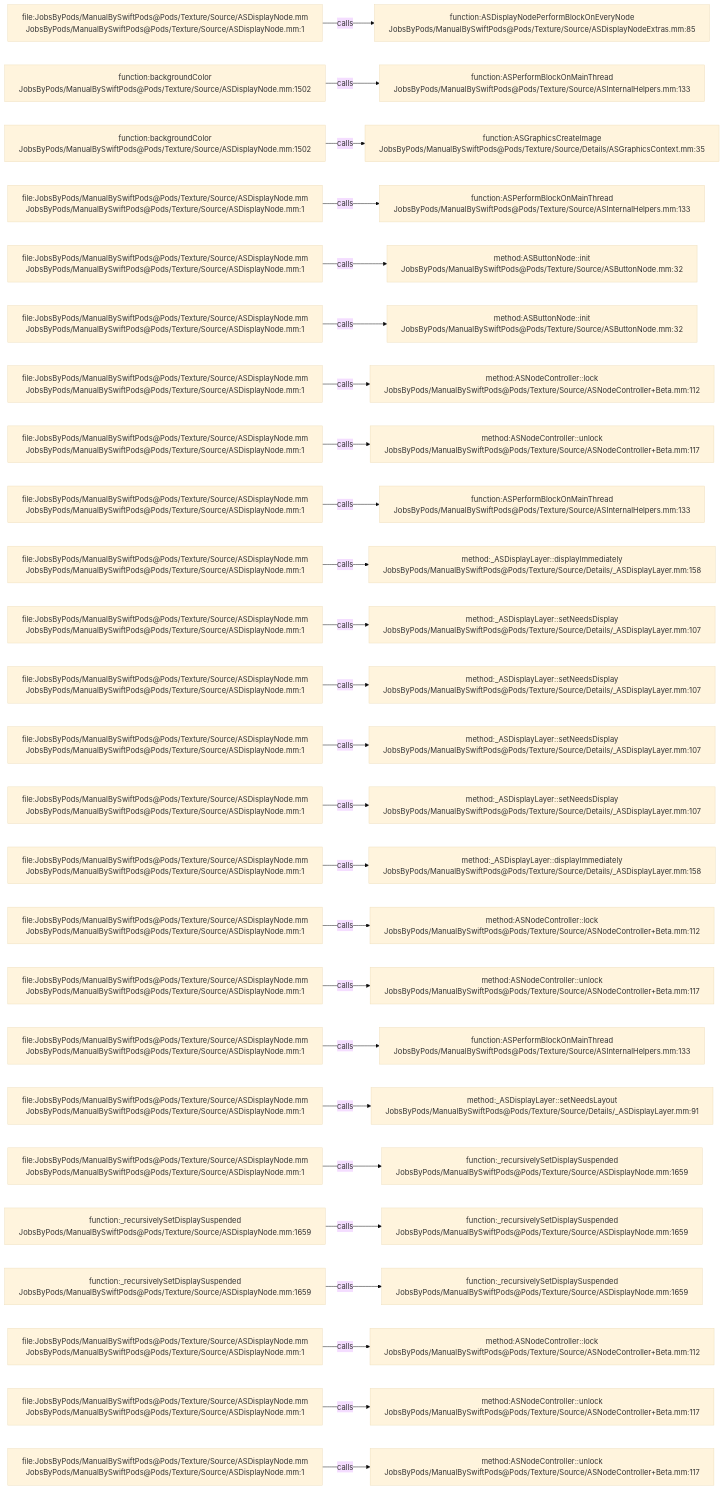
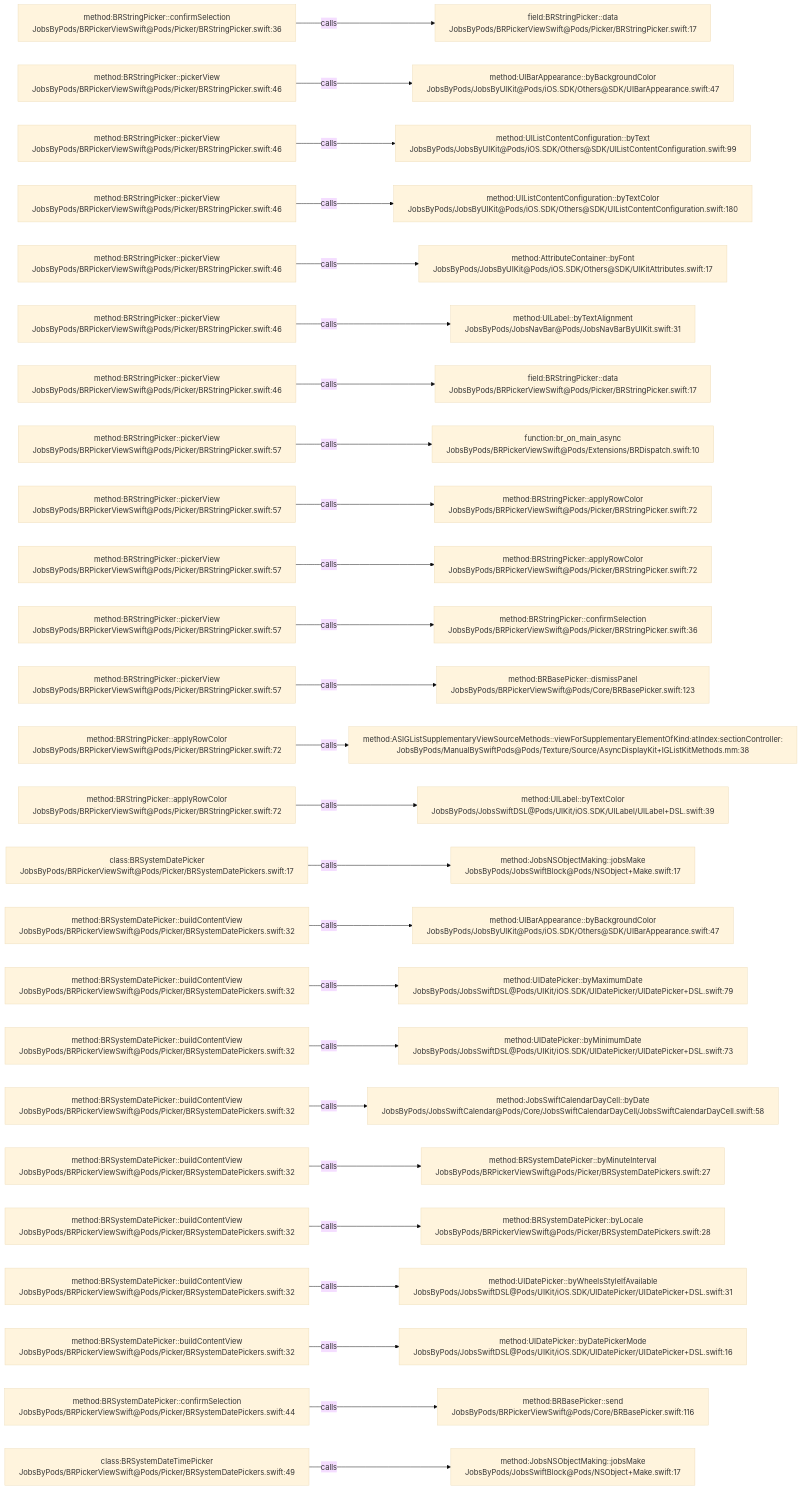
Before and after one commit to JobsKits/JobsSwiftBaseConfigDemo: the diagram in .codegraph/codegraph.md/graphs/calls-030.md, drawn with Mermaid (base theme). The commit also changed 224 other files, not shown here.

````diff
--- a/.codegraph/codegraph.md/graphs/calls-030.md
+++ b/.codegraph/codegraph.md/graphs/calls-030.md
@@ -13,78 +13,78 @@
 ```mermaid
 flowchart LR
-  S1["file:JobsByPods/ManualBySwiftPods@Pods/Texture/Source/ASDisplayNode.mm<br/>JobsByPods/ManualBySwiftPods@Pods/Texture/Source/ASDisplayNode.mm:1"]
-  T1["function:ASDisplayNodePerformBlockOnEveryNode<br/>JobsByPods/ManualBySwiftPods@Pods/Texture/Source/ASDisplayNodeExtras.mm:85"]
+  S1["method:BRStringPicker::confirmSelection<br/>JobsByPods/BRPickerViewSwift@Pods/Picker/BRStringPicker.swift:36"]
+  T1["field:BRStringPicker::data<br/>JobsByPods/BRPickerViewSwift@Pods/Picker/BRStringPicker.swift:17"]
   S1 -->|calls| T1
-  S2["function:backgroundColor<br/>JobsByPods/ManualBySwiftPods@Pods/Texture/Source/ASDisplayNode.mm:1502"]
-  T2["function:ASPerformBlockOnMainThread<br/>JobsByPods/ManualBySwiftPods@Pods/Texture/Source/ASInternalHelpers.mm:133"]
+  S2["method:BRStringPicker::pickerView<br/>JobsByPods/BRPickerViewSwift@Pods/Picker/BRStringPicker.swift:46"]
+  T2["method:UIBarAppearance::byBackgroundColor<br/>JobsByPods/JobsByUIKit@Pods/iOS.SDK/Others@SDK/UIBarAppearance.swift:47"]
   S2 -->|calls| T2
-  S3["function:backgroundColor<br/>JobsByPods/ManualBySwiftPods@Pods/Texture/Source/ASDisplayNode.mm:1502"]
-  T3["function:ASGraphicsCreateImage<br/>JobsByPods/ManualBySwiftPods@Pods/Texture/Source/Details/ASGraphicsContext.mm:35"]
+  S3["method:BRStringPicker::pickerView<br/>JobsByPods/BRPickerViewSwift@Pods/Picker/BRStringPicker.swift:46"]
+  T3["method:UIListContentConfiguration::byText<br/>JobsByPods/JobsByUIKit@Pods/iOS.SDK/Others@SDK/UIListContentConfiguration.swift:99"]
   S3 -->|calls| T3
-  S4["file:JobsByPods/ManualBySwiftPods@Pods/Texture/Source/ASDisplayNode.mm<br/>JobsByPods/ManualBySwiftPods@Pods/Texture/Source/ASDisplayNode.mm:1"]
-  T4["function:ASPerformBlockOnMainThread<br/>JobsByPods/ManualBySwiftPods@Pods/Texture/Source/ASInternalHelpers.mm:133"]
+  S4["method:BRStringPicker::pickerView<br/>JobsByPods/BRPickerViewSwift@Pods/Picker/BRStringPicker.swift:46"]
+  T4["method:UIListContentConfiguration::byTextColor<br/>JobsByPods/JobsByUIKit@Pods/iOS.SDK/Others@SDK/UIListContentConfiguration.swift:180"]
   S4 -->|calls| T4
-  S5["file:JobsByPods/ManualBySwiftPods@Pods/Texture/Source/ASDisplayNode.mm<br/>JobsByPods/ManualBySwiftPods@Pods/Texture/Source/ASDisplayNode.mm:1"]
-  T5["method:ASButtonNode::init<br/>JobsByPods/ManualBySwiftPods@Pods/Texture/Source/ASButtonNode.mm:32"]
+  S5["method:BRStringPicker::pickerView<br/>JobsByPods/BRPickerViewSwift@Pods/Picker/BRStringPicker.swift:46"]
+  T5["method:AttributeContainer::byFont<br/>JobsByPods/JobsByUIKit@Pods/iOS.SDK/Others@SDK/UIKitAttributes.swift:17"]
   S5 -->|calls| T5
-  S6["file:JobsByPods/ManualBySwiftPods@Pods/Texture/Source/ASDisplayNode.mm<br/>JobsByPods/ManualBySwiftPods@Pods/Texture/Source/ASDisplayNode.mm:1"]
-  T6["method:ASButtonNode::init<br/>JobsByPods/ManualBySwiftPods@Pods/Texture/Source/ASButtonNode.mm:32"]
+  S6["method:BRStringPicker::pickerView<br/>JobsByPods/BRPickerViewSwift@Pods/Picker/BRStringPicker.swift:46"]
+  T6["method:UILabel::byTextAlignment<br/>JobsByPods/JobsNavBar@Pods/JobsNavBarByUIKit.swift:31"]
   S6 -->|calls| T6
-  S7["file:JobsByPods/ManualBySwiftPods@Pods/Texture/Source/ASDisplayNode.mm<br/>JobsByPods/ManualBySwiftPods@Pods/Texture/Source/ASDisplayNode.mm:1"]
-  T7["method:ASNodeController::lock<br/>JobsByPods/ManualBySwiftPods@Pods/Texture/Source/ASNodeController+Beta.mm:112"]
+  S7["method:BRStringPicker::pickerView<br/>JobsByPods/BRPickerViewSwift@Pods/Picker/BRStringPicker.swift:46"]
+  T7["field:BRStringPicker::data<br/>JobsByPods/BRPickerViewSwift@Pods/Picker/BRStringPicker.swift:17"]
   S7 -->|calls| T7
-  S8["file:JobsByPods/ManualBySwiftPods@Pods/Texture/Source/ASDisplayNode.mm<br/>JobsByPods/ManualBySwiftPods@Pods/Texture/Source/ASDisplayNode.mm:1"]
-  T8["method:ASNodeController::unlock<br/>JobsByPods/ManualBySwiftPods@Pods/Texture/Source/ASNodeController+Beta.mm:117"]
+  S8["method:BRStringPicker::pickerView<br/>JobsByPods/BRPickerViewSwift@Pods/Picker/BRStringPicker.swift:57"]
+  T8["function:br_on_main_async<br/>JobsByPods/BRPickerViewSwift@Pods/Extensions/BRDispatch.swift:10"]
   S8 -->|calls| T8
-  S9["file:JobsByPods/ManualBySwiftPods@Pods/Texture/Source/ASDisplayNode.mm<br/>JobsByPods/ManualBySwiftPods@Pods/Texture/Source/ASDisplayNode.mm:1"]
-  T9["function:ASPerformBlockOnMainThread<br/>JobsByPods/ManualBySwiftPods@Pods/Texture/Source/ASInternalHelpers.mm:133"]
+  S9["method:BRStringPicker::pickerView<br/>JobsByPods/BRPickerViewSwift@Pods/Picker/BRStringPicker.swift:57"]
+  T9["method:BRStringPicker::applyRowColor<br/>JobsByPods/BRPickerViewSwift@Pods/Picker/BRStringPicker.swift:72"]
   S9 -->|calls| T9
-  S10["file:JobsByPods/ManualBySwiftPods@Pods/Texture/Source/ASDisplayNode.mm<br/>JobsByPods/ManualBySwiftPods@Pods/Texture/Source/ASDisplayNode.mm:1"]
-  T10["method:_ASDisplayLayer::displayImmediately<br/>JobsByPods/ManualBySwiftPods@Pods/Texture/Source/Details/_ASDisplayLayer.mm:158"]
+  S10["method:BRStringPicker::pickerView<br/>JobsByPods/BRPickerViewSwift@Pods/Picker/BRStringPicker.swift:57"]
+  T10["method:BRStringPicker::applyRowColor<br/>JobsByPods/BRPickerViewSwift@Pods/Picker/BRStringPicker.swift:72"]
   S10 -->|calls| T10
-  S11["file:JobsByPods/ManualBySwiftPods@Pods/Texture/Source/ASDisplayNode.mm<br/>JobsByPods/ManualBySwiftPods@Pods/Texture/Source/ASDisplayNode.mm:1"]
-  T11["method:_ASDisplayLayer::setNeedsDisplay<br/>JobsByPods/ManualBySwiftPods@Pods/Texture/Source/Details/_ASDisplayLayer.mm:107"]
+  S11["method:BRStringPicker::pickerView<br/>JobsByPods/BRPickerViewSwift@Pods/Picker/BRStringPicker.swift:57"]
+  T11["method:BRStringPicker::confirmSelection<br/>JobsByPods/BRPickerViewSwift@Pods/Picker/BRStringPicker.swift:36"]
   S11 -->|calls| T11
-  S12["file:JobsByPods/ManualBySwiftPods@Pods/Texture/Source/ASDisplayNode.mm<br/>JobsByPods/ManualBySwiftPods@Pods/Texture/Source/ASDisplayNode.mm:1"]
-  T12["method:_ASDisplayLayer::setNeedsDisplay<br/>JobsByPods/ManualBySwiftPods@Pods/Texture/Source/Details/_ASDisplayLayer.mm:107"]
+  S12["method:BRStringPicker::pickerView<br/>JobsByPods/BRPickerViewSwift@Pods/Picker/BRStringPicker.swift:57"]
+  T12["method:BRBasePicker::dismissPanel<br/>JobsByPods/BRPickerViewSwift@Pods/Core/BRBasePicker.swift:123"]
   S12 -->|calls| T12
-  S13["file:JobsByPods/ManualBySwiftPods@Pods/Texture/Source/ASDisplayNode.mm<br/>JobsByPods/ManualBySwiftPods@Pods/Texture/Source/ASDisplayNode.mm:1"]
-  T13["method:_ASDisplayLayer::setNeedsDisplay<br/>JobsByPods/ManualBySwiftPods@Pods/Texture/Source/Details/_ASDisplayLayer.mm:107"]
+  S13["method:BRStringPicker::applyRowColor<br/>JobsByPods/BRPickerViewSwift@Pods/Picker/BRStringPicker.swift:72"]
+  T13["method:ASIGListSupplementaryViewSourceMethods::viewForSupplementaryElementOfKind:atIndex:sectionController:<br/>JobsByPods/ManualBySwiftPods@Pods/Texture/Source/AsyncDisplayKit+IGListKitMethods.mm:38"]
   S13 -->|calls| T13
-  S14["file:JobsByPods/ManualBySwiftPods@Pods/Texture/Source/ASDisplayNode.mm<br/>JobsByPods/ManualBySwiftPods@Pods/Texture/Source/ASDisplayNode.mm:1"]
-  T14["method:_ASDisplayLayer::setNeedsDisplay<br/>JobsByPods/ManualBySwiftPods@Pods/Texture/Source/Details/_ASDisplayLayer.mm:107"]
+  S14["method:BRStringPicker::applyRowColor<br/>JobsByPods/BRPickerViewSwift@Pods/Picker/BRStringPicker.swift:72"]
+  T14["method:UILabel::byTextColor<br/>JobsByPods/JobsSwiftDSL@Pods/UIKit/iOS.SDK/UILabel/UILabel+DSL.swift:39"]
   S14 -->|calls| T14
-  S15["file:JobsByPods/ManualBySwiftPods@Pods/Texture/Source/ASDisplayNode.mm<br/>JobsByPods/ManualBySwiftPods@Pods/Texture/Source/ASDisplayNode.mm:1"]
-  T15["method:_ASDisplayLayer::displayImmediately<br/>JobsByPods/ManualBySwiftPods@Pods/Texture/Source/Details/_ASDisplayLayer.mm:158"]
+  S15["class:BRSystemDatePicker<br/>JobsByPods/BRPickerViewSwift@Pods/Picker/BRSystemDatePickers.swift:17"]
+  T15["method:JobsNSObjectMaking::jobsMake<br/>JobsByPods/JobsSwiftBlock@Pods/NSObject+Make.swift:17"]
   S15 -->|calls| T15
-  S16["file:JobsByPods/ManualBySwiftPods@Pods/Texture/Source/ASDisplayNode.mm<br/>JobsByPods/ManualBySwiftPods@Pods/Texture/Source/ASDisplayNode.mm:1"]
-  T16["method:ASNodeController::lock<br/>JobsByPods/ManualBySwiftPods@Pods/Texture/Source/ASNodeController+Beta.mm:112"]
+  S16["method:BRSystemDatePicker::buildContentView<br/>JobsByPods/BRPickerViewSwift@Pods/Picker/BRSystemDatePickers.swift:32"]
+  T16["method:UIBarAppearance::byBackgroundColor<br/>JobsByPods/JobsByUIKit@Pods/iOS.SDK/Others@SDK/UIBarAppearance.swift:47"]
   S16 -->|calls| T16
-  S17["file:JobsByPods/ManualBySwiftPods@Pods/Texture/Source/ASDisplayNode.mm<br/>JobsByPods/ManualBySwiftPods@Pods/Texture/Source/ASDisplayNode.mm:1"]
-  T17["method:ASNodeController::unlock<br/>JobsByPods/ManualBySwiftPods@Pods/Texture/Source/ASNodeController+Beta.mm:117"]
+  S17["method:BRSystemDatePicker::buildContentView<br/>JobsByPods/BRPickerViewSwift@Pods/Picker/BRSystemDatePickers.swift:32"]
+  T17["method:UIDatePicker::byMaximumDate<br/>JobsByPods/JobsSwiftDSL@Pods/UIKit/iOS.SDK/UIDatePicker/UIDatePicker+DSL.swift:79"]
   S17 -->|calls| T17
-  S18["file:JobsByPods/ManualBySwiftPods@Pods/Texture/Source/ASDisplayNode.mm<br/>JobsByPods/ManualBySwiftPods@Pods/Texture/Source/ASDisplayNode.mm:1"]
-  T18["function:ASPerformBlockOnMainThread<br/>JobsByPods/ManualBySwiftPods@Pods/Texture/Source/ASInternalHelpers.mm:133"]
+  S18["method:BRSystemDatePicker::buildContentView<br/>JobsByPods/BRPickerViewSwift@Pods/Picker/BRSystemDatePickers.swift:32"]
+  T18["method:UIDatePicker::byMinimumDate<br/>JobsByPods/JobsSwiftDSL@Pods/UIKit/iOS.SDK/UIDatePicker/UIDatePicker+DSL.swift:73"]
   S18 -->|calls| T18
-  S19["file:JobsByPods/ManualBySwiftPods@Pods/Texture/Source/ASDisplayNode.mm<br/>JobsByPods/ManualBySwiftPods@Pods/Texture/Source/ASDisplayNode.mm:1"]
-  T19["method:_ASDisplayLayer::setNeedsLayout<br/>JobsByPods/ManualBySwiftPods@Pods/Texture/Source/Details/_ASDisplayLayer.mm:91"]
+  S19["method:BRSystemDatePicker::buildContentView<br/>JobsByPods/BRPickerViewSwift@Pods/Picker/BRSystemDatePickers.swift:32"]
+  T19["method:JobsSwiftCalendarDayCell::byDate<br/>JobsByPods/JobsSwiftCalendar@Pods/Core/JobsSwiftCalendarDayCell/JobsSwiftCalendarDayCell.swift:58"]
   S19 -->|calls| T19
-  S20["file:JobsByPods/ManualBySwiftPods@Pods/Texture/Source/ASDisplayNode.mm<br/>JobsByPods/ManualBySwiftPods@Pods/Texture/Source/ASDisplayNode.mm:1"]
-  T20["function:_recursivelySetDisplaySuspended<br/>JobsByPods/ManualBySwiftPods@Pods/Texture/Source/ASDisplayNode.mm:1659"]
+  S20["method:BRSystemDatePicker::buildContentView<br/>JobsByPods/BRPickerViewSwift@Pods/Picker/BRSystemDatePickers.swift:32"]
+  T20["method:BRSystemDatePicker::byMinuteInterval<br/>JobsByPods/BRPickerViewSwift@Pods/Picker/BRSystemDatePickers.swift:27"]
   S20 -->|calls| T20
-  S21["function:_recursivelySetDisplaySuspended<br/>JobsByPods/ManualBySwiftPods@Pods/Texture/Source/ASDisplayNode.mm:1659"]
-  T21["function:_recursivelySetDisplaySuspended<br/>JobsByPods/ManualBySwiftPods@Pods/Texture/Source/ASDisplayNode.mm:1659"]
+  S21["method:BRSystemDatePicker::buildContentView<br/>JobsByPods/BRPickerViewSwift@Pods/Picker/BRSystemDatePickers.swift:32"]
+  T21["method:BRSystemDatePicker::byLocale<br/>JobsByPods/BRPickerViewSwift@Pods/Picker/BRSystemDatePickers.swift:28"]
   S21 -->|calls| T21
-  S22["function:_recursivelySetDisplaySuspended<br/>JobsByPods/ManualBySwiftPods@Pods/Texture/Source/ASDisplayNode.mm:1659"]
-  T22["function:_recursivelySetDisplaySuspended<br/>JobsByPods/ManualBySwiftPods@Pods/Texture/Source/ASDisplayNode.mm:1659"]
+  S22["method:BRSystemDatePicker::buildContentView<br/>JobsByPods/BRPickerViewSwift@Pods/Picker/BRSystemDatePickers.swift:32"]
+  T22["method:UIDatePicker::byWheelsStyleIfAvailable<br/>JobsByPods/JobsSwiftDSL@Pods/UIKit/iOS.SDK/UIDatePicker/UIDatePicker+DSL.swift:31"]
   S22 -->|calls| T22
-  S23["file:JobsByPods/ManualBySwiftPods@Pods/Texture/Source/ASDisplayNode.mm<br/>JobsByPods/ManualBySwiftPods@Pods/Texture/Source/ASDisplayNode.mm:1"]
-  T23["method:ASNodeController::lock<br/>JobsByPods/ManualBySwiftPods@Pods/Texture/Source/ASNodeController+Beta.mm:112"]
+  S23["method:BRSystemDatePicker::buildContentView<br/>JobsByPods/BRPickerViewSwift@Pods/Picker/BRSystemDatePickers.swift:32"]
+  T23["method:UIDatePicker::byDatePickerMode<br/>JobsByPods/JobsSwiftDSL@Pods/UIKit/iOS.SDK/UIDatePicker/UIDatePicker+DSL.swift:16"]
   S23 -->|calls| T23
-  S24["file:JobsByPods/ManualBySwiftPods@Pods/Texture/Source/ASDisplayNode.mm<br/>JobsByPods/ManualBySwiftPods@Pods/Texture/Source/ASDisplayNode.mm:1"]
-  T24["method:ASNodeController::unlock<br/>JobsByPods/ManualBySwiftPods@Pods/Texture/Source/ASNodeController+Beta.mm:117"]
+  S24["method:BRSystemDatePicker::confirmSelection<br/>JobsByPods/BRPickerViewSwift@Pods/Picker/BRSystemDatePickers.swift:44"]
+  T24["method:BRBasePicker::send<br/>JobsByPods/BRPickerViewSwift@Pods/Core/BRBasePicker.swift:116"]
   S24 -->|calls| T24
-  S25["file:JobsByPods/ManualBySwiftPods@Pods/Texture/Source/ASDisplayNode.mm<br/>JobsByPods/ManualBySwiftPods@Pods/Texture/Source/ASDisplayNode.mm:1"]
-  T25["method:ASNodeController::unlock<br/>JobsByPods/ManualBySwiftPods@Pods/Texture/Source/ASNodeController+Beta.mm:117"]
+  S25["class:BRSystemDateTimePicker<br/>JobsByPods/BRPickerViewSwift@Pods/Picker/BRSystemDatePickers.swift:49"]
+  T25["method:JobsNSObjectMaking::jobsMake<br/>JobsByPods/JobsSwiftBlock@Pods/NSObject+Make.swift:17"]
   S25 -->|calls| T25
 ```
````
